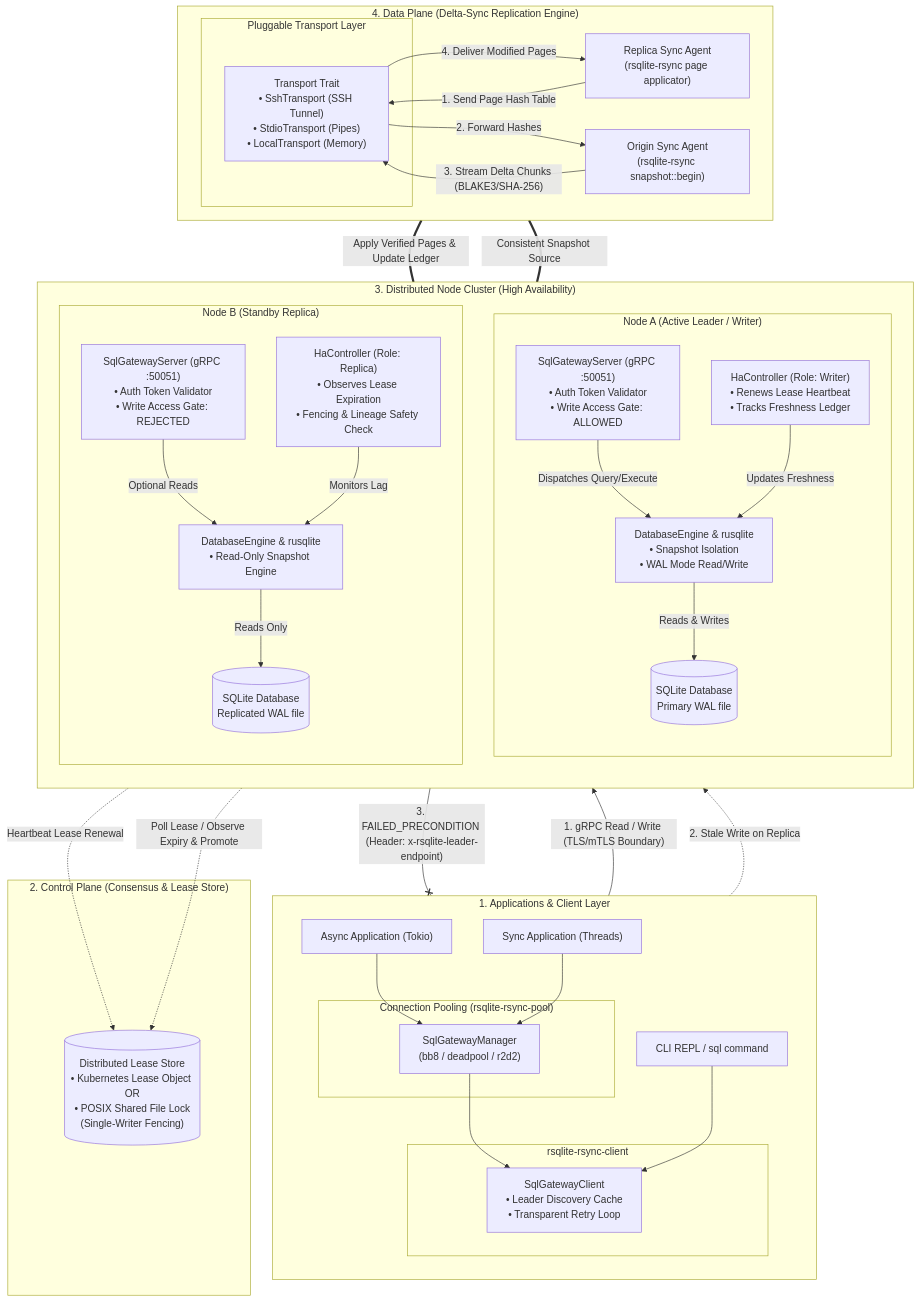
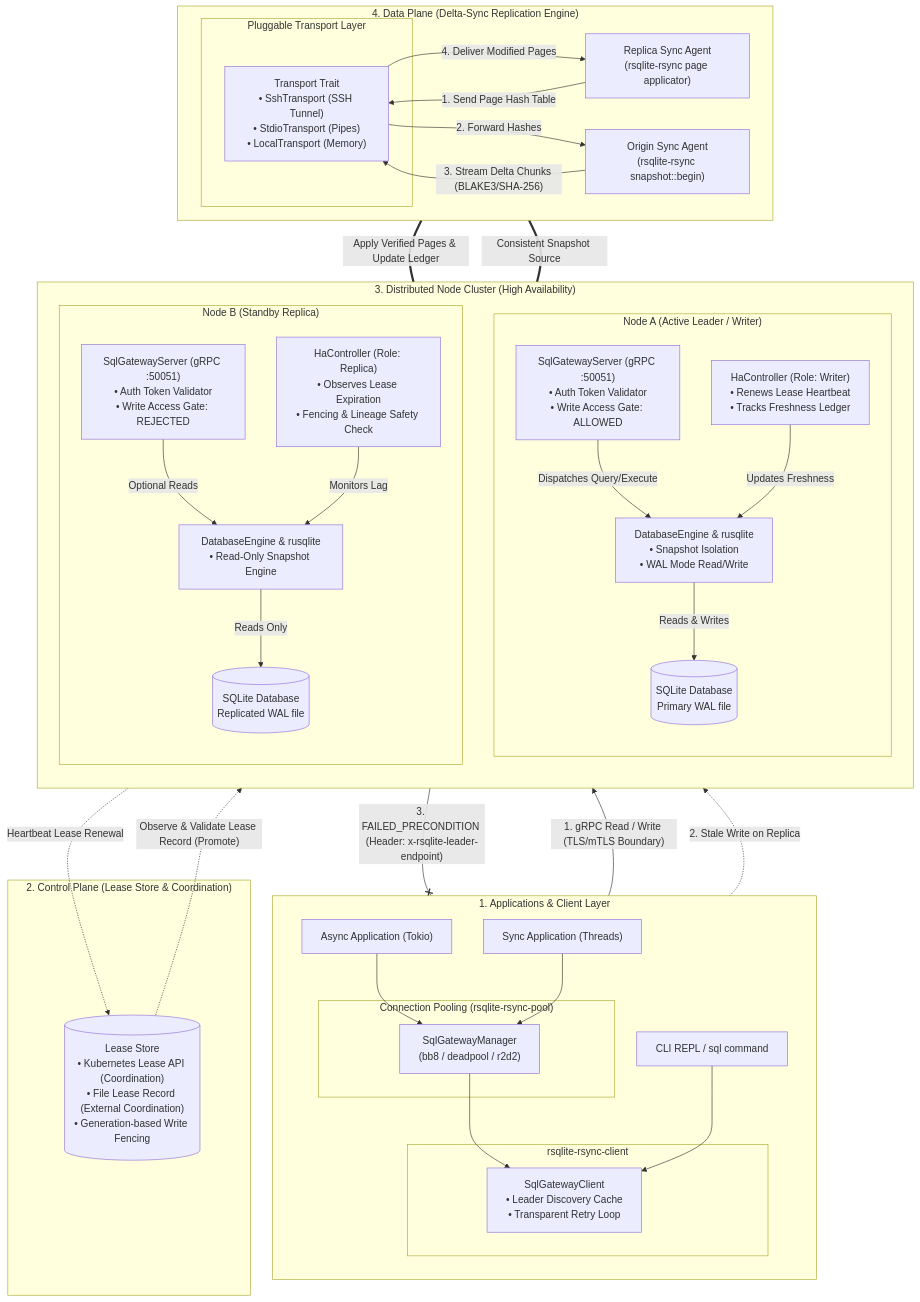
The first of 12 diagrams in docs/architecture-diagrams.md (sria91/rsqlite-rsync), drawn with Mermaid before and after one commit. The commit also changed other lines of this file, not shown here.

Commit message:
docs(docs/architecture-diagrams): address CodeRabbit review feedback on lease coordination and fencing

```diff
--- a/docs/architecture-diagrams.md
+++ b/docs/architecture-diagrams.md
@@ -34,10 +34,10 @@
     end
 
     %% =========================================================
-    %% Control Plane: Lease & Consensus Store
+    %% Control Plane: Lease Store & Coordination
     %% =========================================================
-    subgraph ControlPlane["2. Control Plane (Consensus & Lease Store)"]
-        LeaseStore[("Distributed Lease Store<br/>• Kubernetes Lease Object OR<br/>• POSIX Shared File Lock<br/>(Single-Writer Fencing)")]
+    subgraph ControlPlane["2. Control Plane (Lease Store & Coordination)"]
+        LeaseStore[("Lease Store<br/>• Kubernetes Lease API (Coordination)<br/>• File Lease Record (External Coordination)<br/>• Generation-based Write Fencing")]
     end
 
     %% =========================================================
@@ -99,7 +99,7 @@
     R_GW --x|"3. FAILED_PRECONDITION (Header: x-rsqlite-leader-endpoint)"| Client
 
     L_HA -.->|"Heartbeat Lease Renewal"| LeaseStore
-    R_HA -.->|"Poll Lease / Observe Expiry & Promote"| LeaseStore
+    LeaseStore -.->|"Observe & Validate Lease Record (Promote)"| R_HA
 
     L_DB ===|"Consistent Snapshot Source"| SidecarOrigin
     SidecarReplica ===|"Apply Verified Pages & Update Ledger"| R_DB
```
